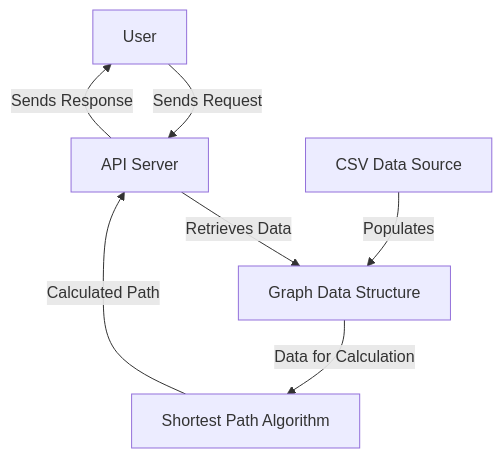
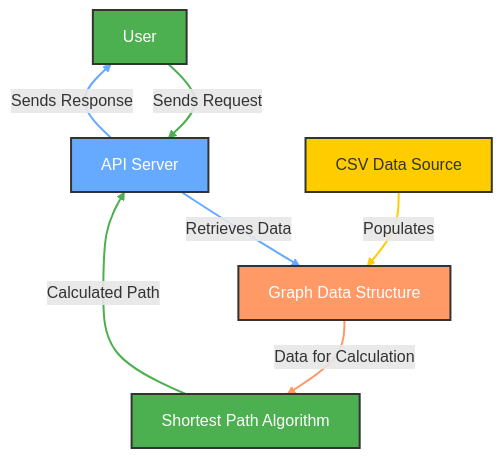
The first of 7 diagrams in technicalSpecifications/technicalSpecifications.md (algosup/2024-2025-project-3-quickest-path-team-4), drawn with Mermaid before and after one commit. The commit also changed other lines of this file, not shown here.

````diff
--- a/technicalSpecifications/technicalSpecifications.md
+++ b/technicalSpecifications/technicalSpecifications.md
@@ -668,9 +668,22 @@
 ```mermaid
 graph TD
- A[User] -->|Sends Request| B[API Server]
- B -->|Retrieves Data| C[Graph Data Structure]
- C -->|Data for Calculation| D[Shortest Path Algorithm]
- D -->|Calculated Path| B
- B -->|Sends Response| A
- E[CSV Data Source] -->|Populates| C
+    A[User] -->|Sends Request| B[API Server]
+    B -->|Retrieves Data| C[Graph Data Structure]
+    C -->|Data for Calculation| D[Shortest Path Algorithm]
+    D -->|Calculated Path| B
+    B -->|Sends Response| A
+    E[CSV Data Source] -->|Populates| C
+
+    style A fill:#4caf50,stroke:#333,stroke-width:2px,color:#fff,rounded
+    style B fill:#6af,stroke:#333,stroke-width:2px,color:#fff,rounded
+    style C fill:#f96,stroke:#333,stroke-width:2px,color:#fff,rounded
+    style D fill:#4caf50,stroke:#333,stroke-width:2px,color:#fff,rounded
+    style E fill:#ffcc00,stroke:#333,stroke-width:2px,color:#333,rounded
+
+    linkStyle 0 stroke:#4caf50,stroke-width:2px
+    linkStyle 1 stroke:#6af,stroke-width:2px
+    linkStyle 2 stroke:#f96,stroke-width:2px
+    linkStyle 3 stroke:#4caf50,stroke-width:2px
+    linkStyle 4 stroke:#6af,stroke-width:2px
+    linkStyle 5 stroke:#ffcc00,stroke-width:2px
 ```
````
